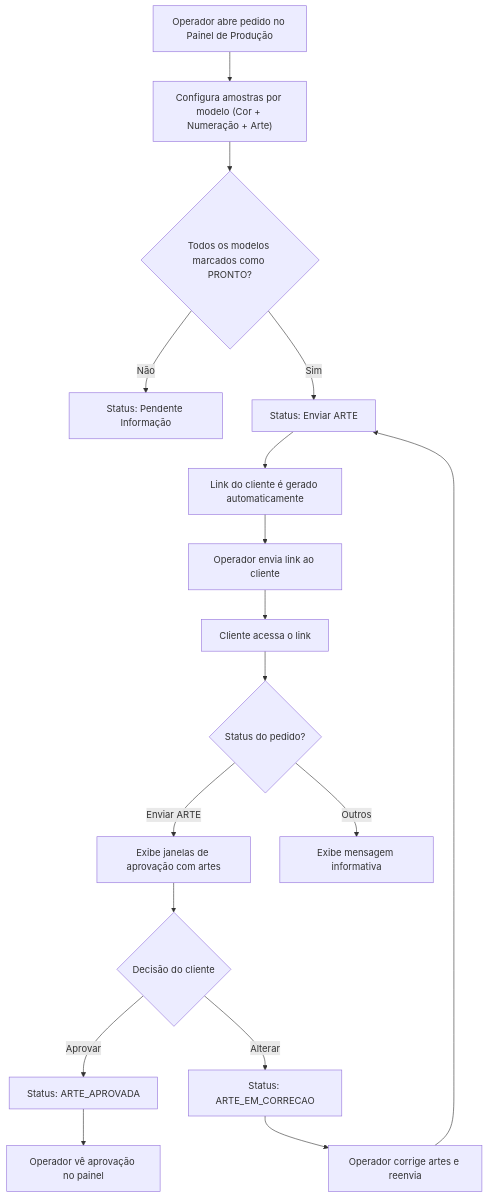
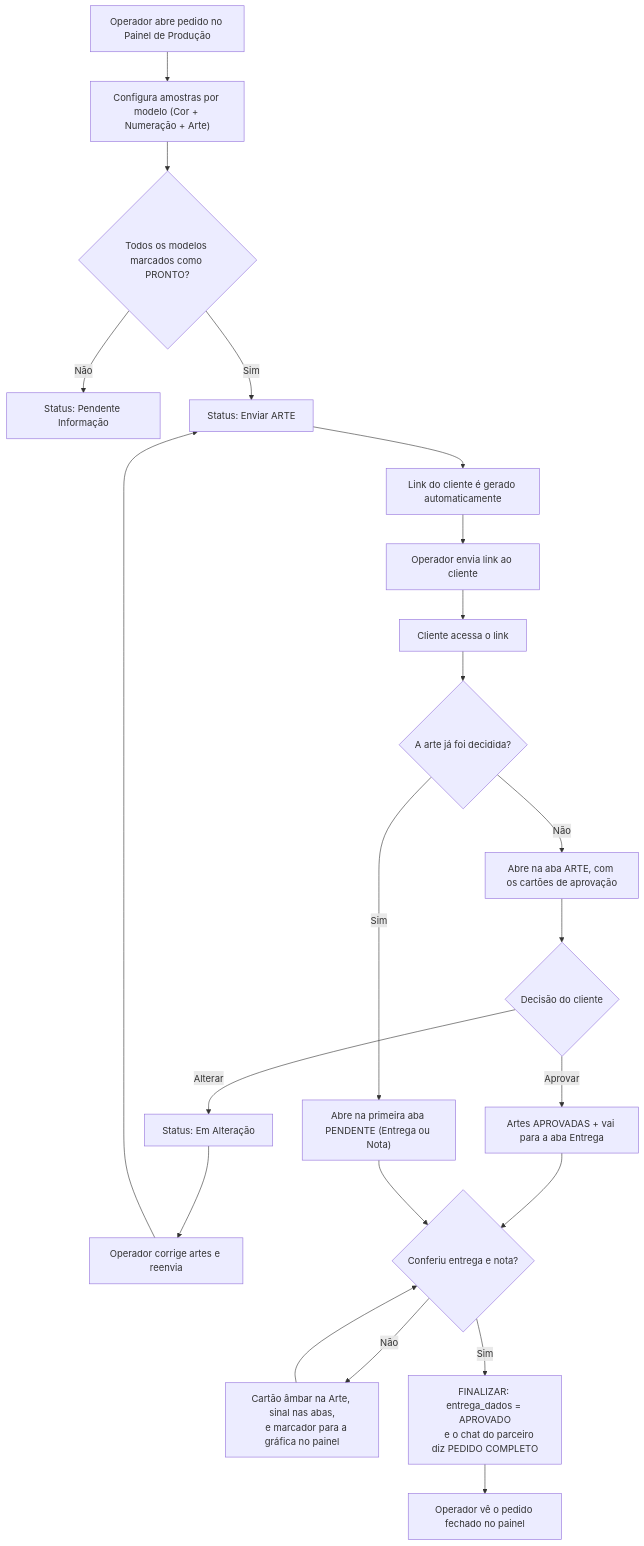
The first of 2 diagrams in docs/fluxo_aprovacao_arte.md (ingressoideal1-gif/imposicao), drawn with Mermaid before and after one commit. The commit also changed other lines of this file and 1 other file, not shown here.

First line of the commit message:
fix(publicar agente): o envio do MSI para de morrer no relogio, e o teto do bucket ganha retentativa

````diff
--- a/docs/fluxo_aprovacao_arte.md
+++ b/docs/fluxo_aprovacao_arte.md
@@ -11,19 +11,26 @@
 ```mermaid
 flowchart TD
     A["Operador abre pedido no Painel de Produção"] --> B["Configura amostras por modelo (Cor + Numeração + Arte)"]
     B --> C{"Todos os modelos marcados como PRONTO?"}
     C -- Não --> D["Status: Pendente Informação"]
     C -- Sim --> E["Status: Enviar ARTE"]
     E --> F["Link do cliente é gerado automaticamente"]
     F --> G["Operador envia link ao cliente"]
     G --> H["Cliente acessa o link"]
-    H --> I{"Status do pedido?"}
-    I -- "Enviar ARTE" --> J["Exibe janelas de aprovação com artes"]
-    I -- Outros --> K["Exibe mensagem informativa"]
+    H --> I{"A arte já foi decidida?"}
+    I -- Não --> J["Abre na aba ARTE, com os cartões de aprovação"]
+    I -- Sim --> Q["Abre na primeira aba PENDENTE (Entrega ou Nota)"]
     J --> L{"Decisão do cliente"}
-    L -- Aprovar --> M["Status: ARTE_APROVADA"]
-    L -- Alterar --> N["Status: ARTE_EM_CORRECAO"]
-    M --> O["Operador vê aprovação no painel"]
+    L -- Aprovar --> M["Artes APROVADAS + vai para a aba Entrega"]
+    L -- Alterar --> N["Status: Em Alteração"]
     N --> P["Operador corrige artes e reenvia"]
     P --> E
+    M --> R{"Conferiu entrega e nota?"}
+    Q --> R
+    R -- Não --> S["Cartão âmbar na Arte, sinal nas abas,
+    e marcador para a gráfica no painel"]
+    S --> R
+    R -- Sim --> T["FINALIZAR: entrega_dados = APROVADO
+    e o chat do parceiro diz PEDIDO COMPLETO"]
+    T --> O["Operador vê o pedido fechado no painel"]
 ```
````
